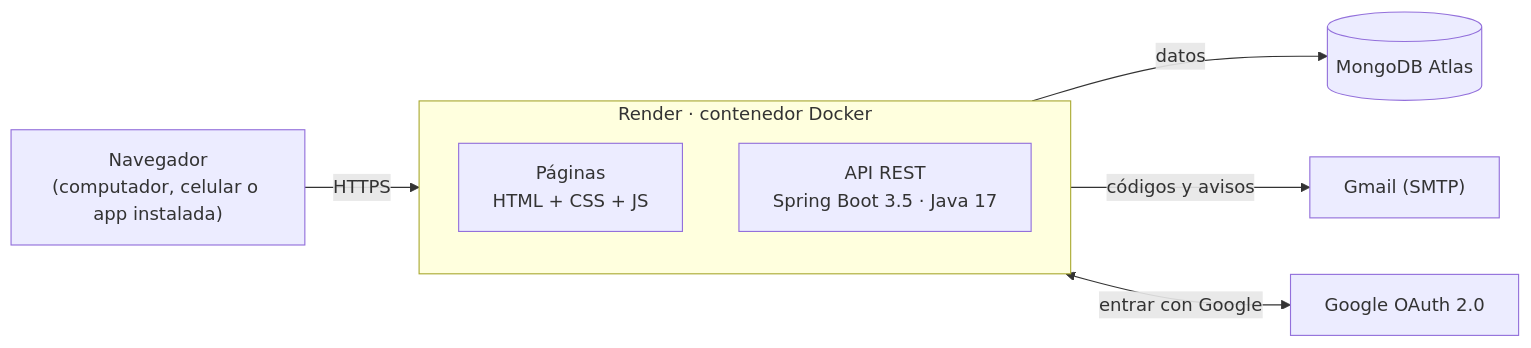
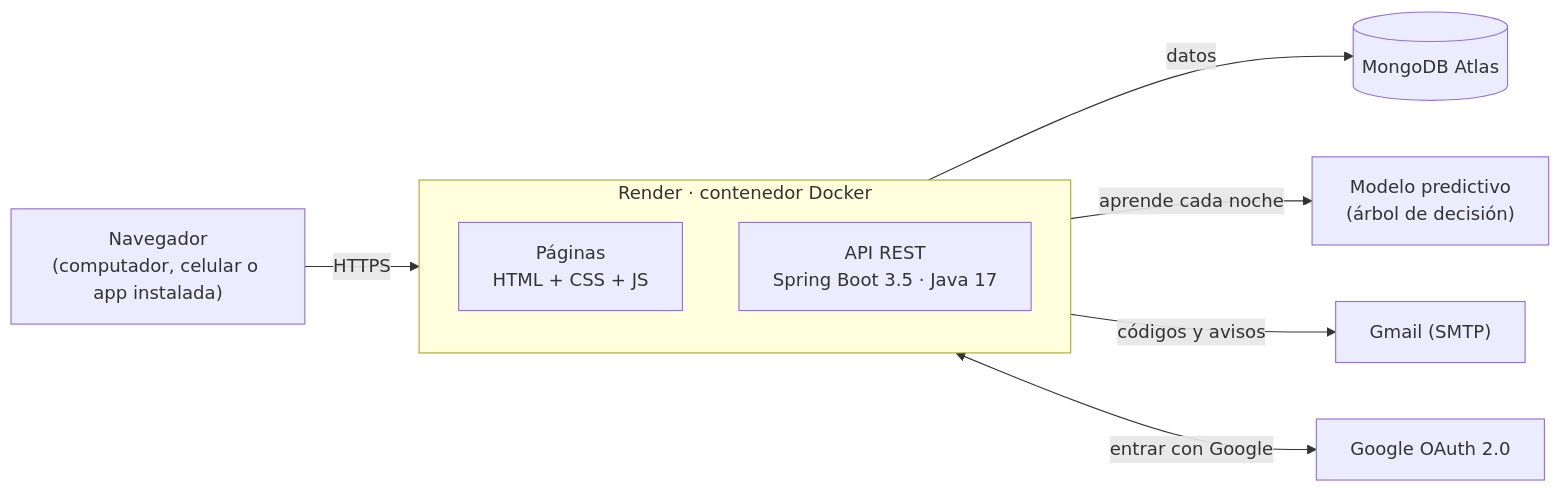
One commit to jesuscastilla-cloud/Skillmatch changed the diagram in README.md. Above: the diagram before and after it, drawn with Mermaid. The commit also changed other lines of this file and 18 other files, not shown here.

````diff
--- a/README.md
+++ b/README.md
@@ -208,14 +238,15 @@
 ```mermaid
 flowchart LR
     U["Navegador<br/>(computador, celular o app instalada)"] -->|HTTPS| R
 
     subgraph R["Render · contenedor Docker"]
         direction TB
         F["Páginas<br/>HTML + CSS + JS"]
         A["API REST<br/>Spring Boot 3.5 · Java 17"]
     end
 
     A -->|datos| M[("MongoDB Atlas")]
+    A -->|aprende cada noche| P["Modelo predictivo<br/>(árbol de decisión)"]
     A -->|códigos y avisos| G["Gmail (SMTP)"]
     A <-->|entrar con Google| O["Google OAuth 2.0"]
 ```
````
